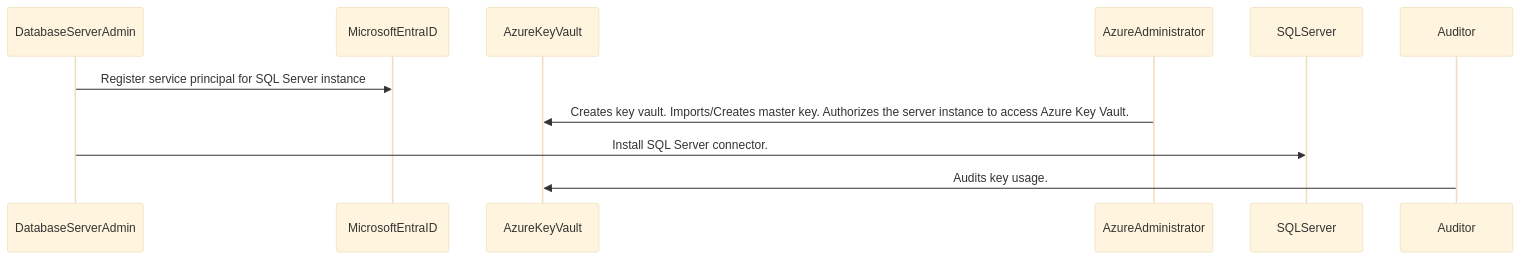
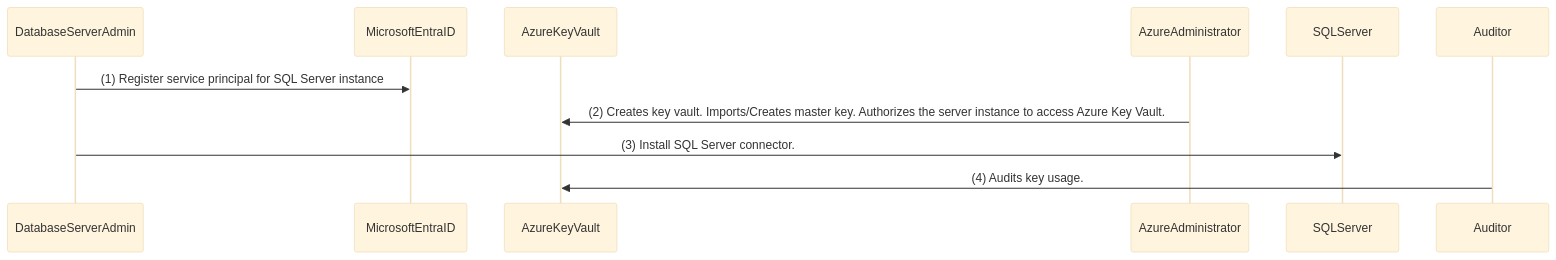
Before and after one commit to sonnyayran/dac-mermaid: the diagram in README.md, drawn with Mermaid (base theme).

````diff
--- a/README.md
+++ b/README.md
@@ -47,16 +47,16 @@
 ```mermaid
 sequenceDiagram
     participant DatabaseServerAdmin
     participant MicrosoftEntraID
     participant AzureKeyVault
     participant AzureAdministrator
     participant SQLServer
     participant Auditor
-    DatabaseServerAdmin->>MicrosoftEntraID: Register service principal for SQL Server instance
-    AzureAdministrator->>AzureKeyVault: Creates key vault. Imports/Creates master key. Authorizes the server instance to access Azure Key Vault.
-    DatabaseServerAdmin->>SQLServer: Install SQL Server connector.
-    Auditor->>AzureKeyVault: Audits key usage.
+    DatabaseServerAdmin->>MicrosoftEntraID: (1) Register service principal for SQL Server instance
+    AzureAdministrator->>AzureKeyVault: (2) Creates key vault. Imports/Creates master key. Authorizes the server instance to access Azure Key Vault.
+    DatabaseServerAdmin->>SQLServer: (3) Install SQL Server connector.
+    Auditor->>AzureKeyVault: (4) Audits key usage.
 
 
 
 ```
````
